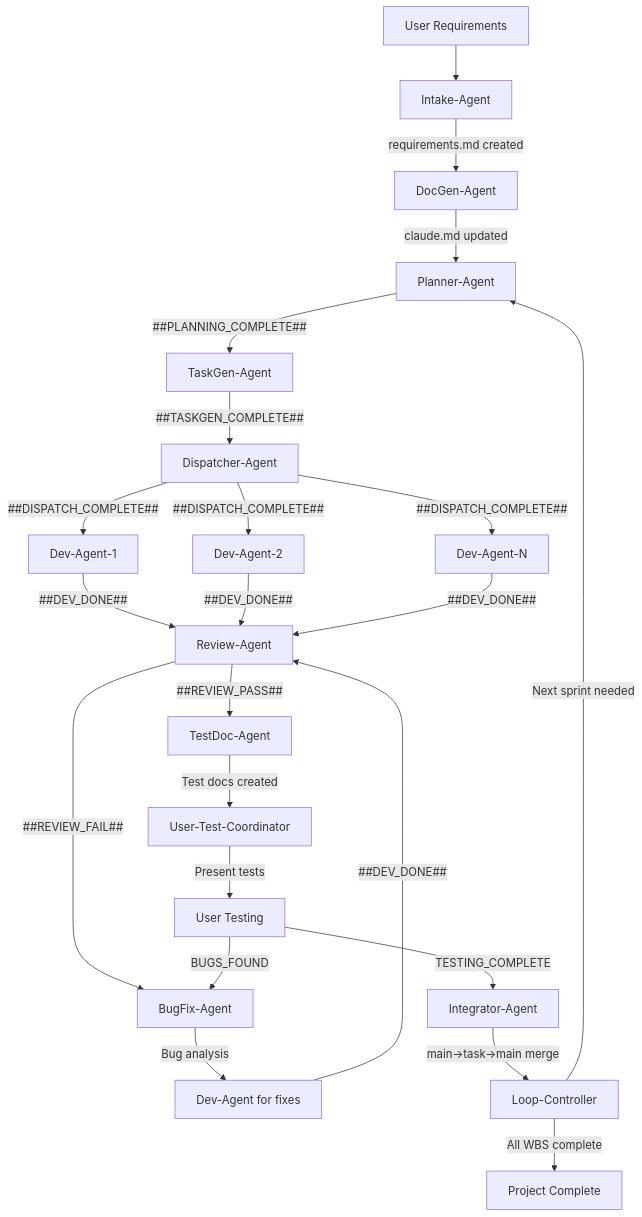
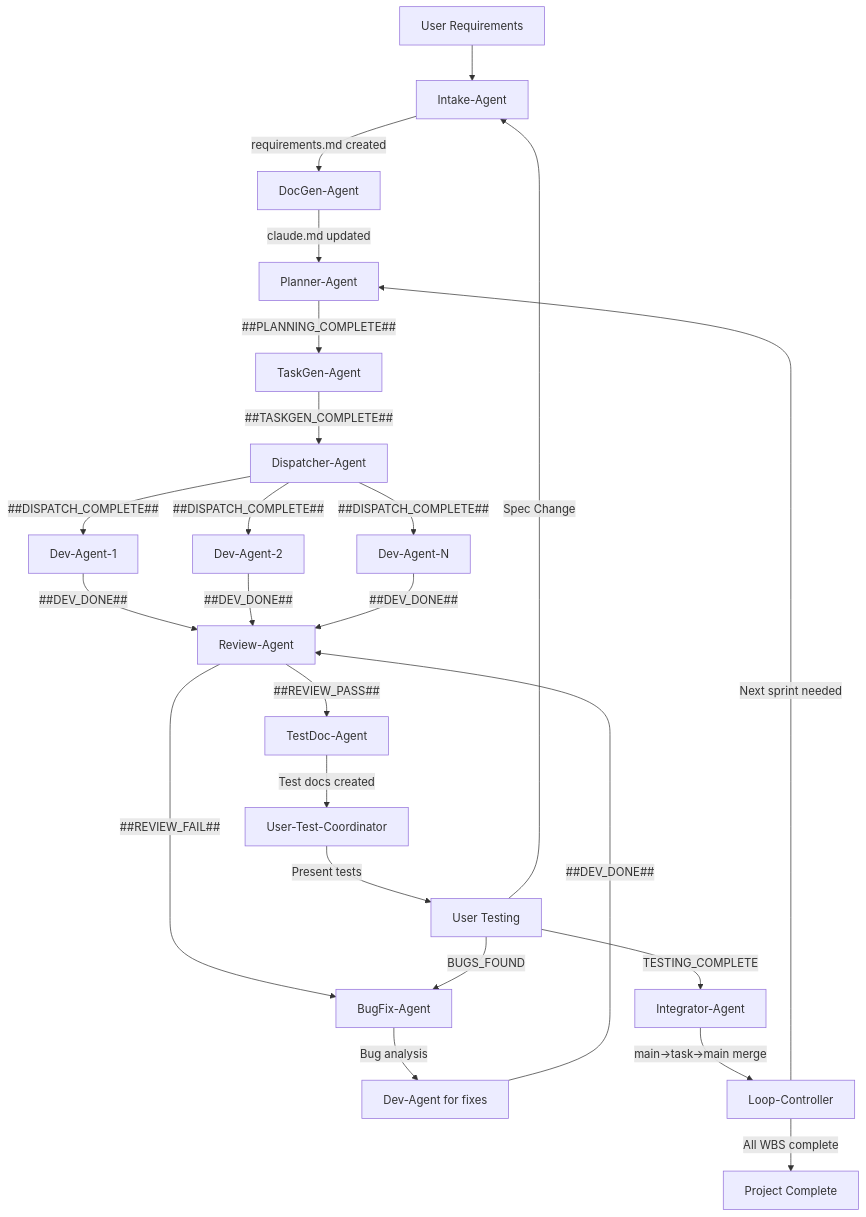
Before and after one commit to Fujita0113/game-macro-assistant3: the first of 2 diagrams in docs/workflow.md, drawn with Mermaid. The commit also changed other lines of this file and 5 other files, not shown here.

````diff
--- a/docs/workflow.md
+++ b/docs/workflow.md
@@ -5,30 +5,31 @@
 ```mermaid
 graph TD
     A[User Requirements] --> B[Intake-Agent]
     B --> |requirements.md created| C[DocGen-Agent]
     C --> |claude.md updated| D[Planner-Agent]
     D --> |##PLANNING_COMPLETE##| E[TaskGen-Agent]
     E --> |##TASKGEN_COMPLETE##| F[Dispatcher-Agent]
     F --> |##DISPATCH_COMPLETE##| G[Dev-Agent-1]
     F --> |##DISPATCH_COMPLETE##| H[Dev-Agent-2]
     F --> |##DISPATCH_COMPLETE##| I[Dev-Agent-N]
     
     G --> |##DEV_DONE##| J[Review-Agent]
     H --> |##DEV_DONE##| J
     I --> |##DEV_DONE##| J
     
     J --> |##REVIEW_PASS##| K[TestDoc-Agent]
     J --> |##REVIEW_FAIL##| L[BugFix-Agent]
     
     K --> |Test docs created| L2[User-Test-Coordinator]
     L2 --> |Present tests| M[User Testing]
     M --> |TESTING_COMPLETE| N[Integrator-Agent]
     M --> |BUGS_FOUND| L[BugFix-Agent]
+    M --> |Spec Change| B[Intake-Agent]
     
     L --> |Bug analysis| O[Dev-Agent for fixes]
     O --> |##DEV_DONE##| J
     
     N --> |main→task→main merge| P[Loop-Controller]
     P --> |Next sprint needed| D
     P --> |All WBS complete| Q[Project Complete]
 ```
````
